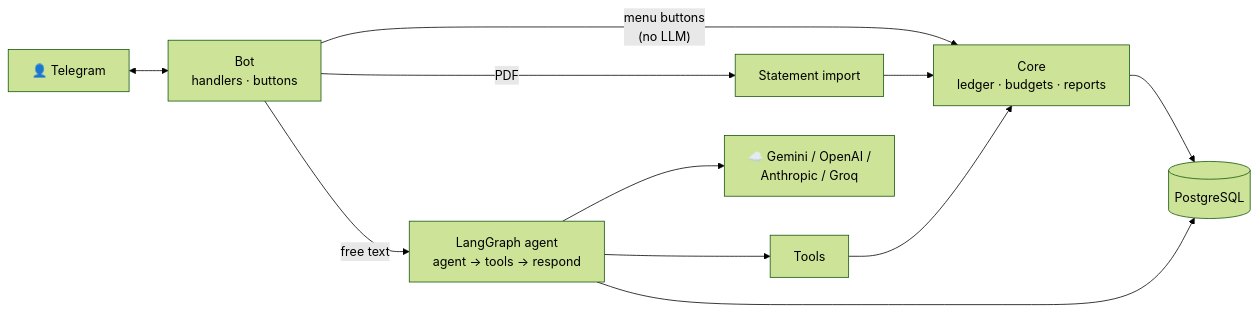
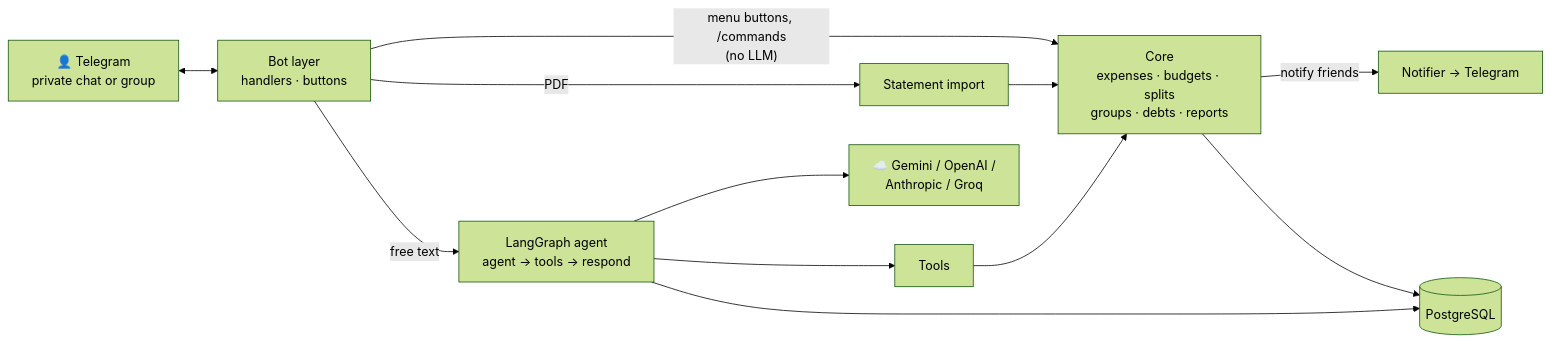
One commit to komal-adimulam/Expense_Tracker changed the diagram in README.md. Above: the diagram before and after it, drawn with Mermaid (forest theme). The commit also changed other lines of this file and 62 other files, not shown here.

````diff
--- a/README.md
+++ b/README.md
@@ -13,11 +83,12 @@
 ```mermaid
 flowchart LR
-    U["👤 Telegram"] <--> BOT["Bot<br/>handlers · buttons"]
+    U["👤 Telegram<br/>private chat or group"] <--> BOT["Bot layer<br/>handlers · buttons"]
     BOT -->|"free text"| AG["LangGraph agent<br/>agent → tools → respond"]
-    BOT -->|"menu buttons<br/>(no LLM)"| CORE
+    BOT -->|"menu buttons, /commands<br/>(no LLM)"| CORE
     BOT -->|"PDF"| ST["Statement import"] --> CORE
-    AG --> TOOLS["Tools"] --> CORE["Core<br/>ledger · budgets · reports"]
+    AG --> TOOLS["Tools"] --> CORE["Core<br/>expenses · budgets · splits<br/>groups · debts · reports"]
     AG --> LLM["☁️ Gemini / OpenAI /<br/>Anthropic / Groq"]
+    CORE -->|"notify friends"| NOTI["Notifier → Telegram"]
     CORE --> DB[("PostgreSQL")]
     AG --> DB
 ```
````
